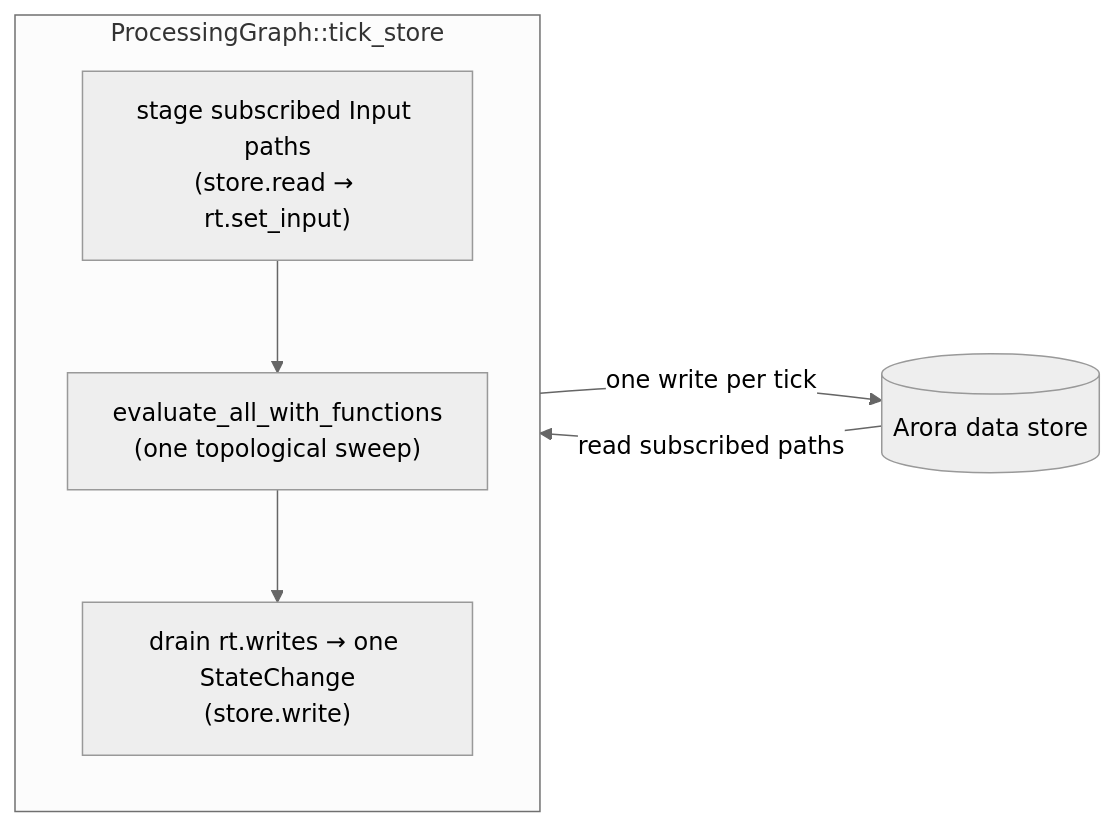
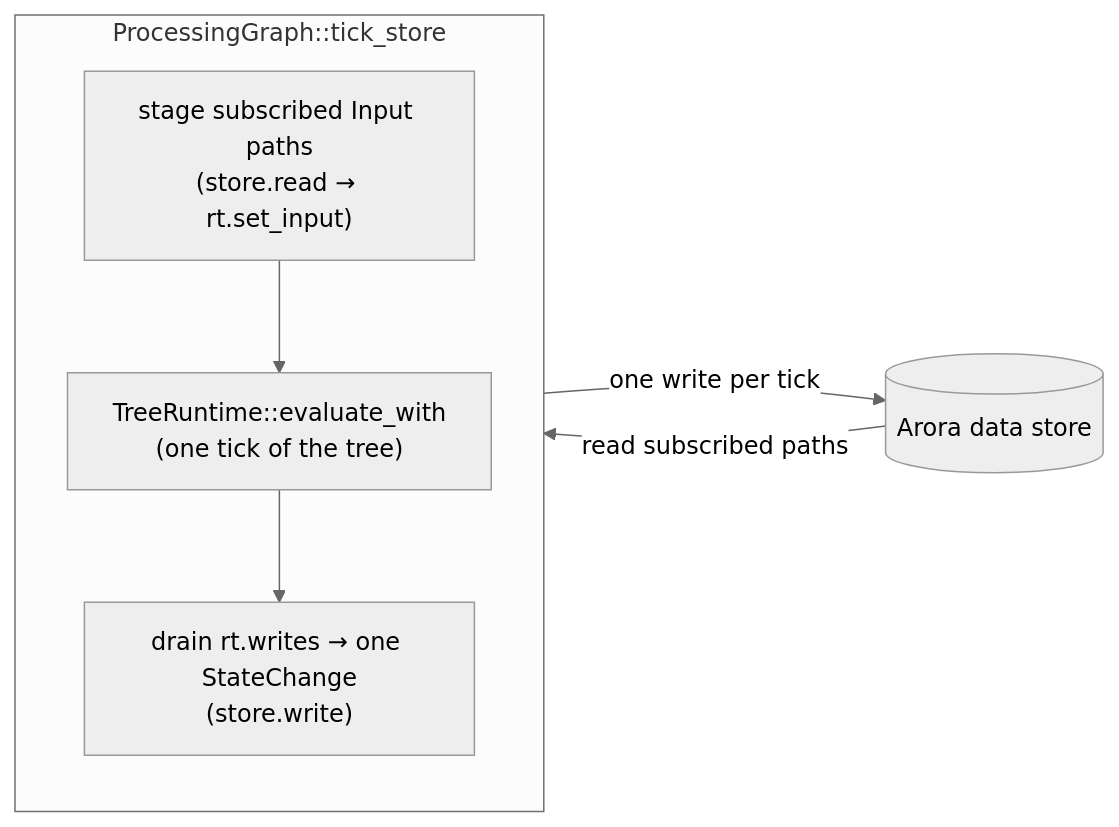
One commit to vizij-ai/vizij-rs changed the first of 2 diagrams in crates/interop/vizij-arora-behavior/docs/node-graph.md. Above: the diagram before and after it, drawn with Mermaid (neutral theme). The commit also changed other lines of this file and 72 other files, not shown here.

````diff
--- a/crates/interop/vizij-arora-behavior/docs/node-graph.md
+++ b/crates/interop/vizij-arora-behavior/docs/node-graph.md
@@ -41,13 +41,13 @@
 ```mermaid
 flowchart LR
   store[("Arora data store")]
   subgraph tick["ProcessingGraph::tick_store"]
     direction TB
     stage["stage subscribed Input paths<br/>(store.read → rt.set_input)"]
-    eval["evaluate_all_with_functions<br/>(one topological sweep)"]
+    eval["TreeRuntime::evaluate_with<br/>(one tick of the tree)"]
     flush["drain rt.writes → one StateChange<br/>(store.write)"]
     stage --> eval --> flush
   end
   store -- "read subscribed paths" --> stage
   flush -- "one write per tick" --> store
 ```
````
